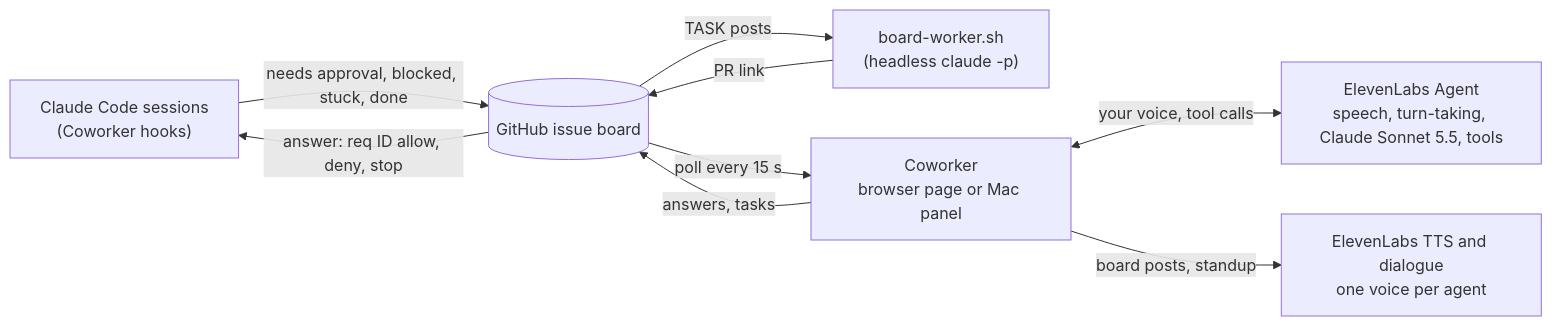
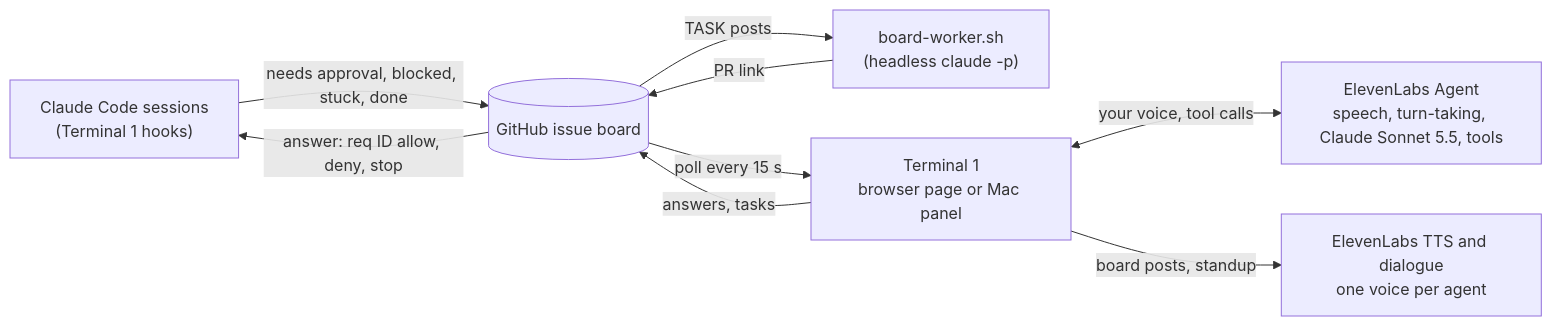
One commit to cherylaurelia/yc-hacky changed the diagram in README.md. Above: the diagram before and after it, drawn with Mermaid. The commit also changed other lines of this file and 13 other files, not shown here.

````diff
--- a/README.md
+++ b/README.md
@@ -22,18 +22,18 @@
 ```mermaid
 flowchart LR
-  agents["Claude Code sessions<br/>(Coworker hooks)"]
+  agents["Claude Code sessions<br/>(Terminal 1 hooks)"]
   board[("GitHub issue board")]
   worker["board-worker.sh<br/>(headless claude -p)"]
-  app["Coworker<br/>browser page or Mac panel"]
+  app["Terminal 1<br/>browser page or Mac panel"]
   el["ElevenLabs Agent<br/>speech, turn-taking, Claude Sonnet 5.5, tools"]
   tts["ElevenLabs TTS and dialogue<br/>one voice per agent"]
 
   agents -- "needs approval, blocked, stuck, done" --> board
   board -- "answer: req ID allow, deny, stop" --> agents
   board -- "poll every 15 s" --> app
   app <-- "your voice, tool calls" --> el
   app -- "board posts, standup" --> tts
   app -- "answers, tasks" --> board
   board -- "TASK posts" --> worker
   worker -- "PR link" --> board
 ```
````
